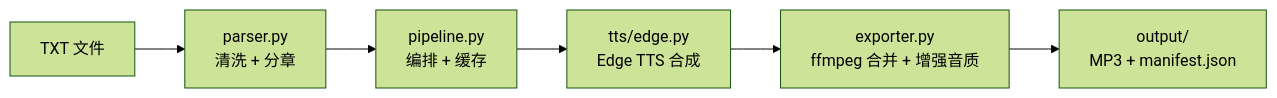
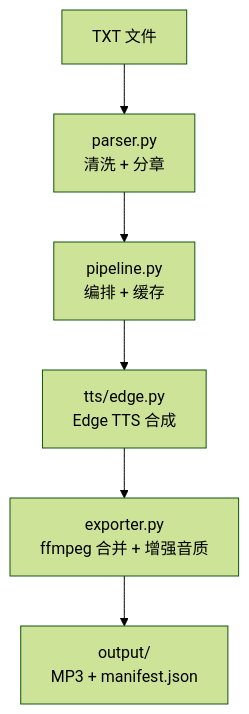
One commit to ZTCY/txt-to-audiobook changed the diagram in README.md. Above: the diagram before and after it, drawn with Mermaid (forest theme). The commit also changed other lines of this file, not shown here.

Commit message:
docs: keep only thumbs-up sticker, remove bg section, switch architecture to TD

````diff
--- a/README.md
+++ b/README.md
@@ -143,8 +142,8 @@
 ```mermaid
-graph LR
+graph TD
     A[TXT 文件] --> B[parser.py<br/>清洗 + 分章]
     B --> C[pipeline.py<br/>编排 + 缓存]
     C --> D[tts/edge.py<br/>Edge TTS 合成]
     D --> E[exporter.py<br/>ffmpeg 合并 + 增强音质]
     E --> F[output/<br/>MP3 + manifest.json]
 ```
````
